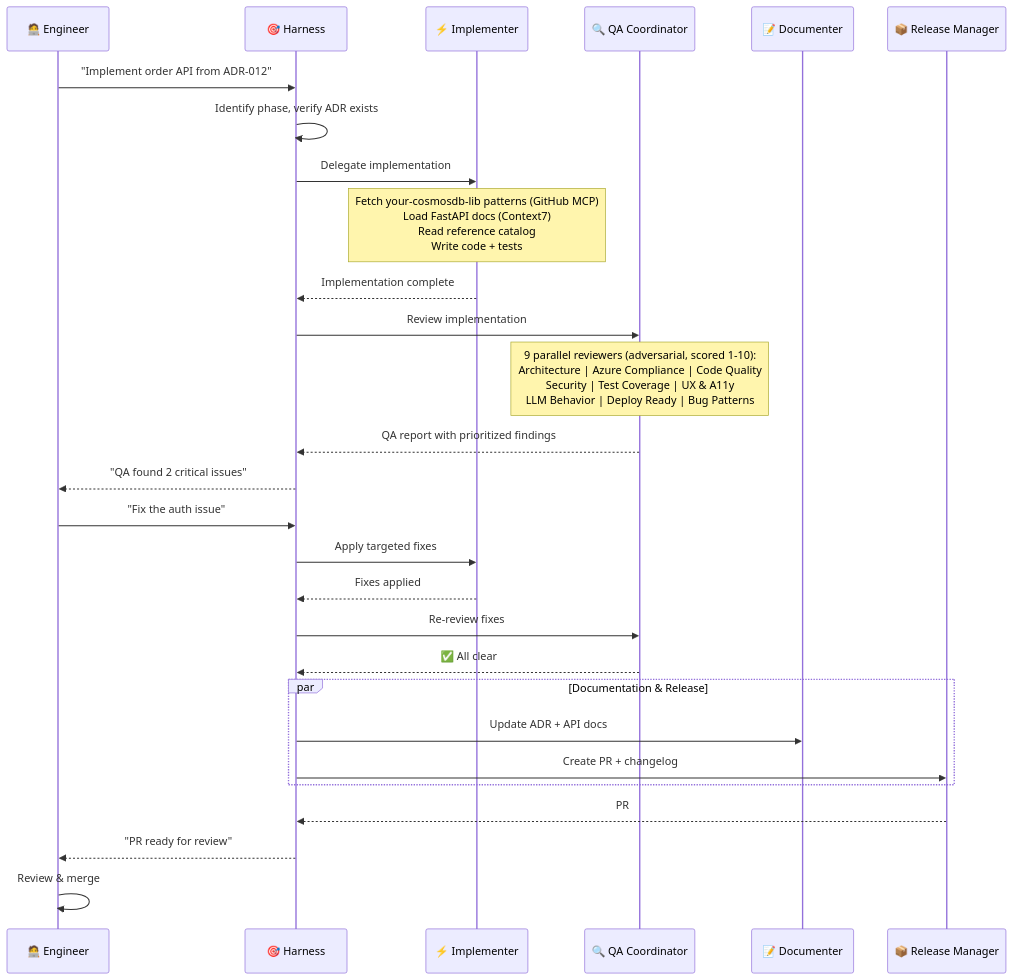
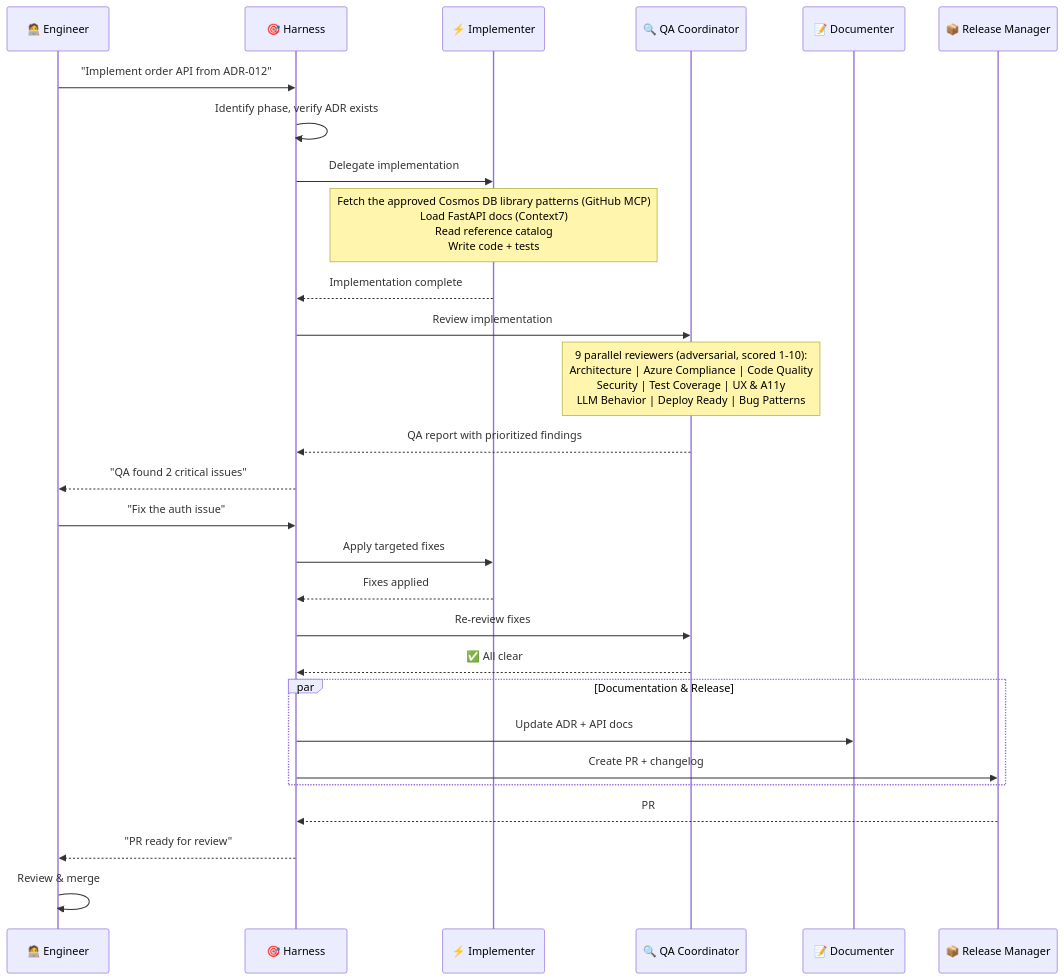
One commit to Dongbumlee/sdlc-harness changed the second of 3 diagrams in README.md. Above: the diagram before and after it, drawn with Mermaid. The commit also changed other lines of this file and 60 other files, not shown here.

````diff
--- a/README.md
+++ b/README.md
@@ -373,40 +373,40 @@
  ```mermaid
  sequenceDiagram
      participant E as 🧑‍💻 Engineer
      participant C as 🎯 Harness
      participant I as ⚡ Implementer
      participant Q as 🔍 QA Coordinator
      participant D as 📝 Documenter
      participant R as 📦 Release Manager
 
      E->>C: "Implement order API from ADR-012"
      C->>C: Identify phase, verify ADR exists
      C->>I: Delegate implementation
 
-     Note over I: Fetch your-cosmosdb-lib patterns (GitHub MCP)<br/>Load FastAPI docs (Context7)<br/>Read reference catalog<br/>Write code + tests
+     Note over I: Fetch the approved Cosmos DB library patterns (GitHub MCP)<br/>Load FastAPI docs (Context7)<br/>Read reference catalog<br/>Write code + tests
 
      I-->>C: Implementation complete
 
      C->>Q: Review implementation
 
      Note over Q: 9 parallel reviewers (adversarial, scored 1-10):<br/>Architecture | Azure Compliance | Code Quality<br/>Security | Test Coverage | UX & A11y<br/>LLM Behavior | Deploy Ready | Bug Patterns
 
      Q-->>C: QA report with prioritized findings
      C-->>E: "QA found 2 critical issues"
 
      E->>C: "Fix the auth issue"
      C->>I: Apply targeted fixes
      I-->>C: Fixes applied
 
      C->>Q: Re-review fixes
      Q-->>C: ✅ All clear
 
      par Documentation & Release
          C->>D: Update ADR + API docs
          C->>R: Create PR + changelog
      end
 
      R-->>C: PR #42 ready
      C-->>E: "PR ready for review"
      E->>E: Review & merge
  ```
````
